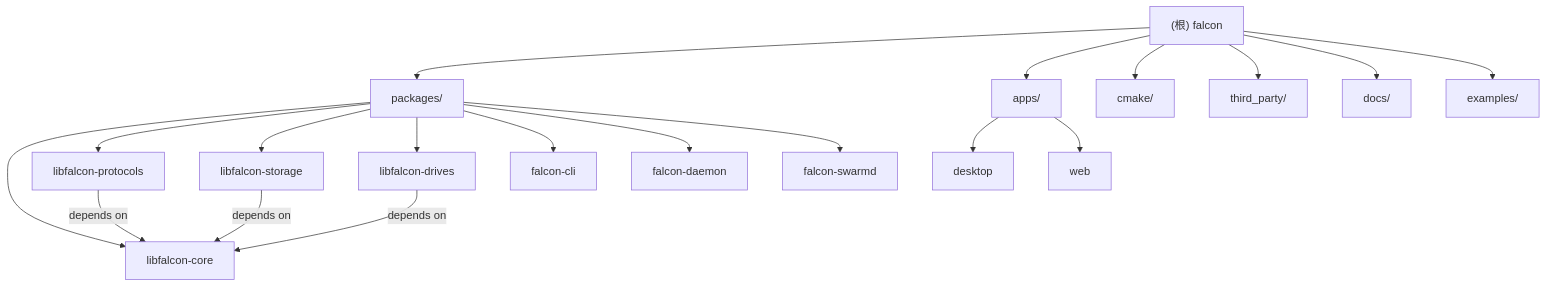
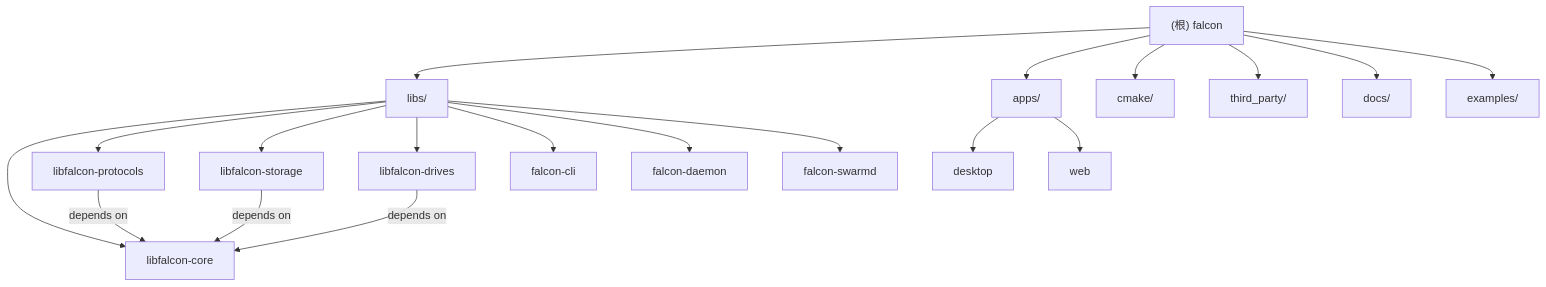
Before and after one commit to cuihairu/falcon: the diagram in CLAUDE.md, drawn with Mermaid. The commit also changed other lines of this file and 453 other files, not shown here.

````diff
--- a/CLAUDE.md
+++ b/CLAUDE.md
@@ -3516,32 +3516,32 @@
 ```mermaid
 graph TD
-    A["(根) falcon"] --> B["packages/"];
+    A["(根) falcon"] --> B["libs/"];
     B --> C["libfalcon-core"];
     B --> D["libfalcon-protocols"];
     B --> E["libfalcon-storage"];
     B --> F["libfalcon-drives"];
     B --> G["falcon-cli"];
     B --> H["falcon-daemon"];
     B --> P["falcon-swarmd"];
 
     A --> I["apps/"];
     I --> J["desktop"];
     I --> K["web"];
 
     A --> L["cmake/"];
     A --> M["third_party/"];
     A --> N["docs/"];
     A --> O["examples/"];
 
     D -->|depends on| C
     E -->|depends on| C
     F -->|depends on| C
 
-    click C "./packages/libfalcon-core/CLAUDE.md" "查看核心库文档"
-    click D "./packages/libfalcon-protocols/CLAUDE.md" "查看协议库文档"
-    click E "./packages/libfalcon-storage/CLAUDE.md" "查看存储库文档"
-    click F "./packages/libfalcon-drives/CLAUDE.md" "查看网盘库文档"
-    click G "./packages/falcon-cli/CLAUDE.md" "查看 CLI 文档"
-    click H "./packages/falcon-daemon/CLAUDE.md" "查看 Daemon 文档"
-    click P "./packages/falcon-swarmd/CLAUDE.md" "查看 swarmd 文档"
+    click C "./libs/libfalcon-core/CLAUDE.md" "查看核心库文档"
+    click D "./libs/libfalcon-protocols/CLAUDE.md" "查看协议库文档"
+    click E "./libs/libfalcon-storage/CLAUDE.md" "查看存储库文档"
+    click F "./libs/libfalcon-drives/CLAUDE.md" "查看网盘库文档"
+    click G "./libs/falcon-cli/CLAUDE.md" "查看 CLI 文档"
+    click H "./libs/falcon-daemon/CLAUDE.md" "查看 Daemon 文档"
+    click P "./libs/falcon-swarmd/CLAUDE.md" "查看 swarmd 文档"
 ```
````
